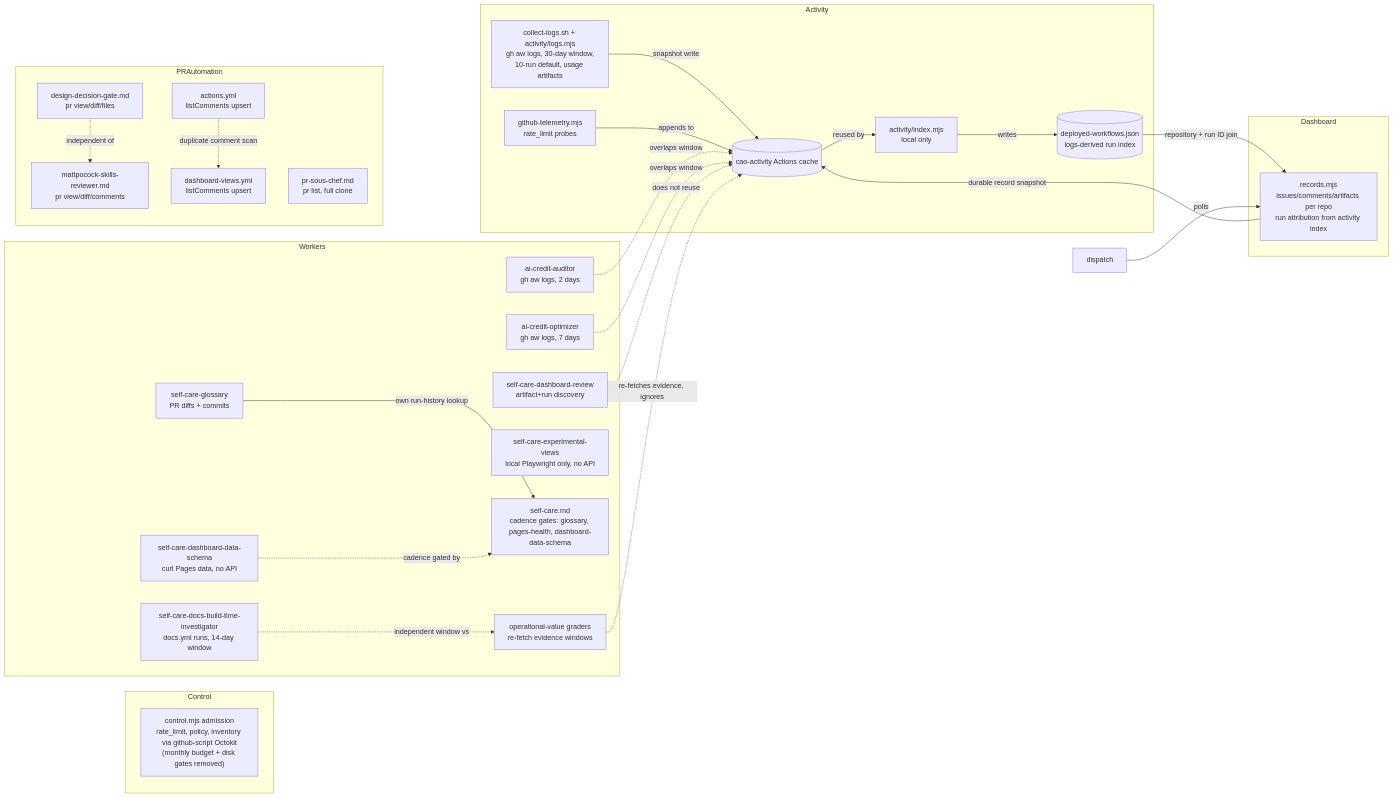
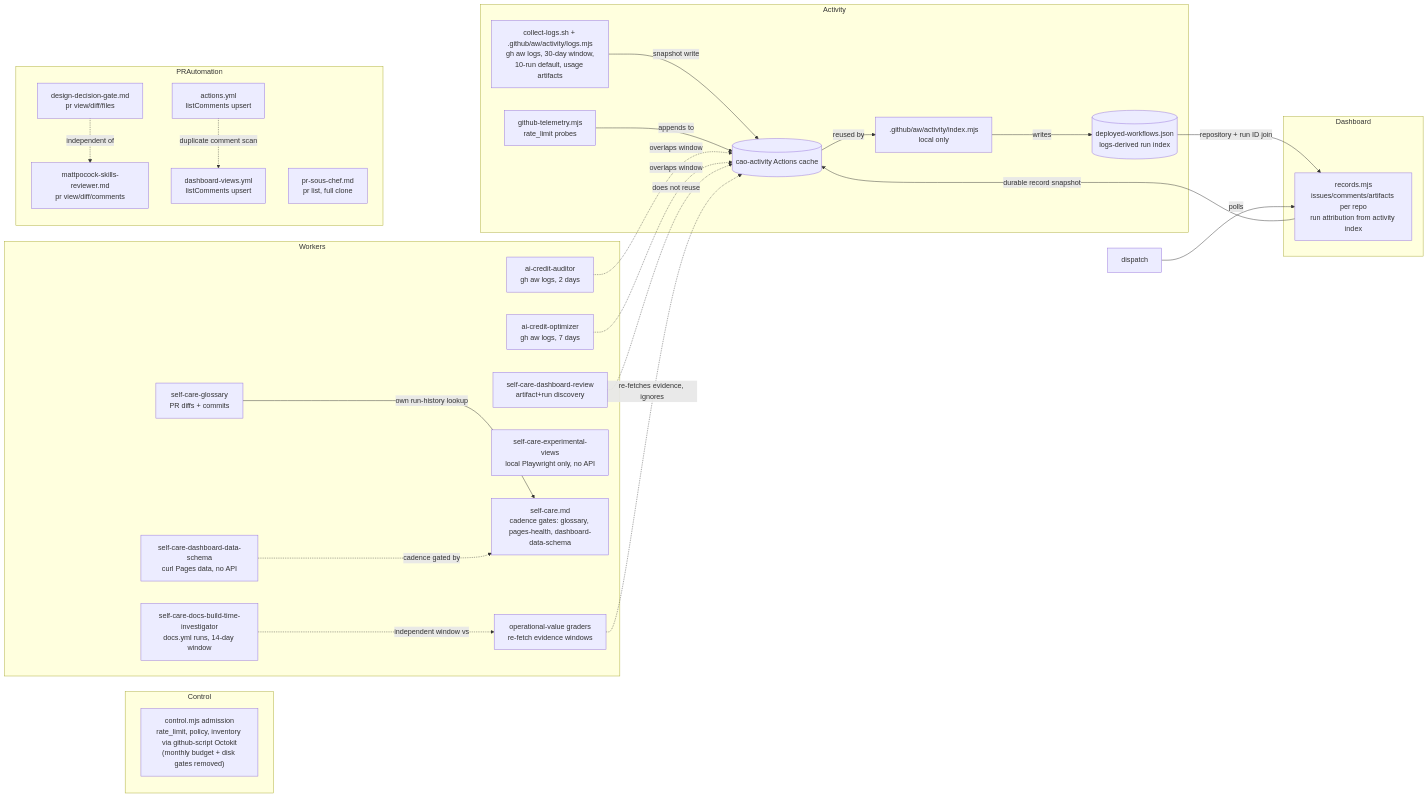
One commit to githubnext/gh-aw-cao changed the diagram in specs/data-acquisition-audit.md. Above: the diagram before and after it, drawn with Mermaid. The commit also changed other lines of this file and 64 other files, not shown here.

Commit message:
Move activity runtime to .github/aw/activity deployed layout

````diff
--- a/specs/data-acquisition-audit.md
+++ b/specs/data-acquisition-audit.md
@@ -192,50 +192,50 @@
 ```mermaid
 flowchart LR
   subgraph Control
     control["control.mjs admission<br/>rate_limit, policy, inventory via github-script Octokit<br/>(monthly budget + disk gates removed)"]
   end
   subgraph Activity
-    logsmjs["collect-logs.sh + activity/logs.mjs<br/>gh aw logs, 30-day window,<br/>10-run default, usage artifacts"]
-    indexmjs["activity/index.mjs<br/>local only"]
+    logsmjs["collect-logs.sh + .github/aw/activity/logs.mjs<br/>gh aw logs, 30-day window,<br/>10-run default, usage artifacts"]
+    indexmjs[".github/aw/activity/index.mjs<br/>local only"]
     runindex[("deployed-workflows.json<br/>logs-derived run index")]
     telemetry["github-telemetry.mjs<br/>rate_limit probes"]
     cache[("cao-activity Actions cache")]
   end
   subgraph Dashboard
     records["records.mjs<br/>issues/comments/artifacts per repo<br/>run attribution from activity index"]
   end
   subgraph Workers
     aicaud["ai-credit-auditor<br/>gh aw logs, 2 days"]
     aicopt["ai-credit-optimizer<br/>gh aw logs, 7 days"]
     reviewpf["self-care-dashboard-review<br/>artifact+run discovery"]
     glossary["self-care-glossary<br/>PR diffs + commits"]
     docsbt["self-care-docs-build-time-investigator<br/>docs.yml runs, 14-day window"]
     expviews["self-care-experimental-views<br/>local Playwright only, no API"]
     schemaworker["self-care-dashboard-data-schema<br/>curl Pages data, no API"]
     selfcare["self-care.md<br/>cadence gates: glossary, pages-health, dashboard-data-schema"]
     graders["operational-value graders<br/>re-fetch evidence windows"]
   end
   subgraph PRAutomation
     ddg["design-decision-gate.md<br/>pr view/diff/files"]
     mattpocock["mattpocock-skills-reviewer.md<br/>pr view/diff/comments"]
     soschef["pr-sous-chef.md<br/>pr list, full clone"]
     mobileci["actions.yml<br/>listComments upsert"]
     dashviews["dashboard-views.yml<br/>listComments upsert"]
   end
   logsmjs -->|snapshot write| cache
   cache -->|reused by| indexmjs
   indexmjs -->|writes| runindex
   runindex -->|repository + run ID join| records
   records -->|durable record snapshot| cache
   telemetry -->|appends to| cache
   dispatch -->|polls| records
   aicaud -.->|overlaps window| cache
   aicopt -.->|overlaps window| cache
   reviewpf -.->|does not reuse| cache
   glossary -->|own run-history lookup| selfcare
   schemaworker -.->|cadence gated by| selfcare
   docsbt -.->|independent window vs| graders
   graders -.->|re-fetches evidence, ignores| cache
   ddg -.->|independent of| mattpocock
   mobileci -.->|duplicate comment scan| dashviews
 ```
````
